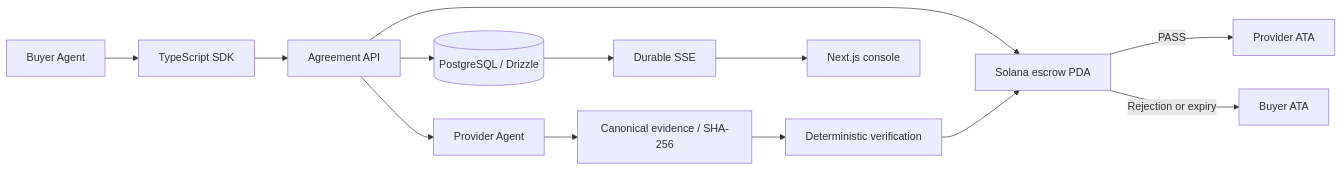
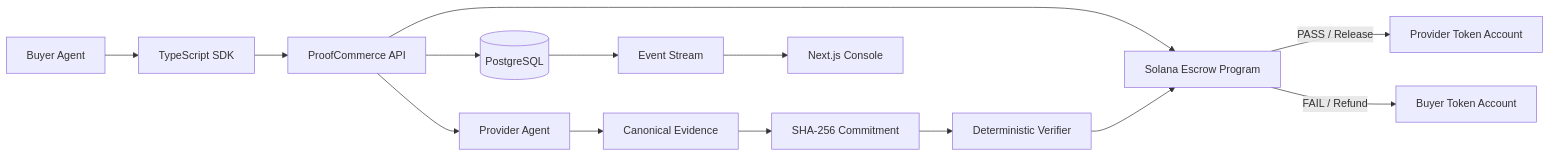
One commit to rosario1709/CriptoWorldsFair changed the diagram in README.md. Above: the diagram before and after it, drawn with Mermaid. The commit also changed other lines of this file, not shown here.

Commit message:
Finalize ProofCommerce hackathon README

````diff
--- a/README.md
+++ b/README.md
@@ -15,15 +185,30 @@
 ```mermaid
 flowchart LR
-  B[Buyer Agent] --> SDK[TypeScript SDK]
-  SDK --> API[Agreement API]
-  API --> DB[(PostgreSQL / Drizzle)]
-  API --> S[Solana escrow PDA]
-  API --> P[Provider Agent]
-  P --> E[Canonical evidence / SHA-256]
-  E --> V[Deterministic verification]
-  V --> S
-  S -->|PASS| Pay[Provider ATA]
-  S -->|Rejection or expiry| Refund[Buyer ATA]
-  DB --> SSE[Durable SSE]
-  SSE --> Web[Next.js console]
+    B[Buyer Agent]
+    SDK[TypeScript SDK]
+    API[ProofCommerce API]
+    DB[(PostgreSQL)]
+    SOL[Solana Escrow Program]
+    P[Provider Agent]
+    E[Canonical Evidence]
+    H[SHA-256 Commitment]
+    V[Deterministic Verifier]
+    PAY[Provider Token Account]
+    REF[Buyer Token Account]
+    SSE[Event Stream]
+    WEB[Next.js Console]
+
+    B --> SDK
+    SDK --> API
+    API --> DB
+    API --> SOL
+    API --> P
+    P --> E
+    E --> H
+    H --> V
+    V --> SOL
+    SOL -->|PASS / Release| PAY
+    SOL -->|FAIL / Refund| REF
+    DB --> SSE
+    SSE --> WEB
 ```
````
